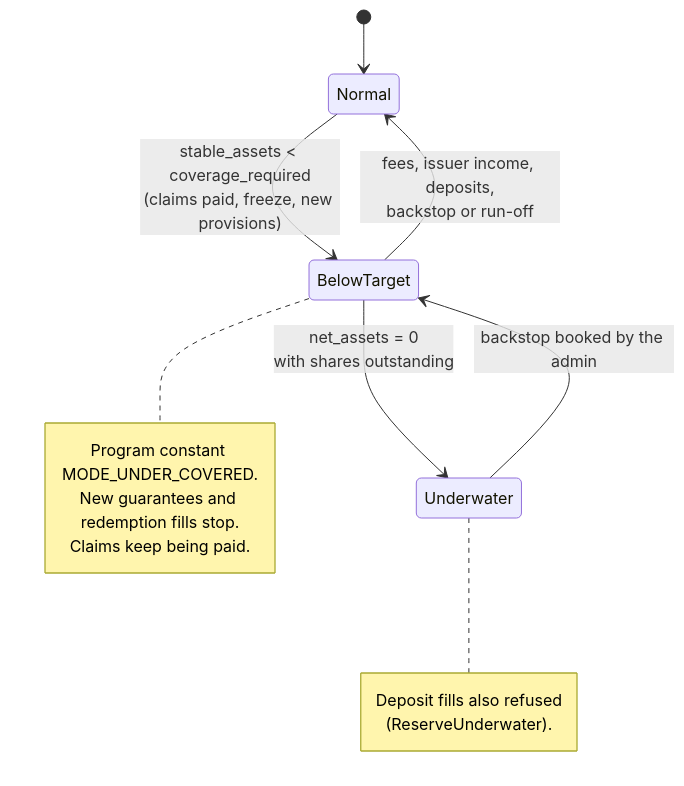
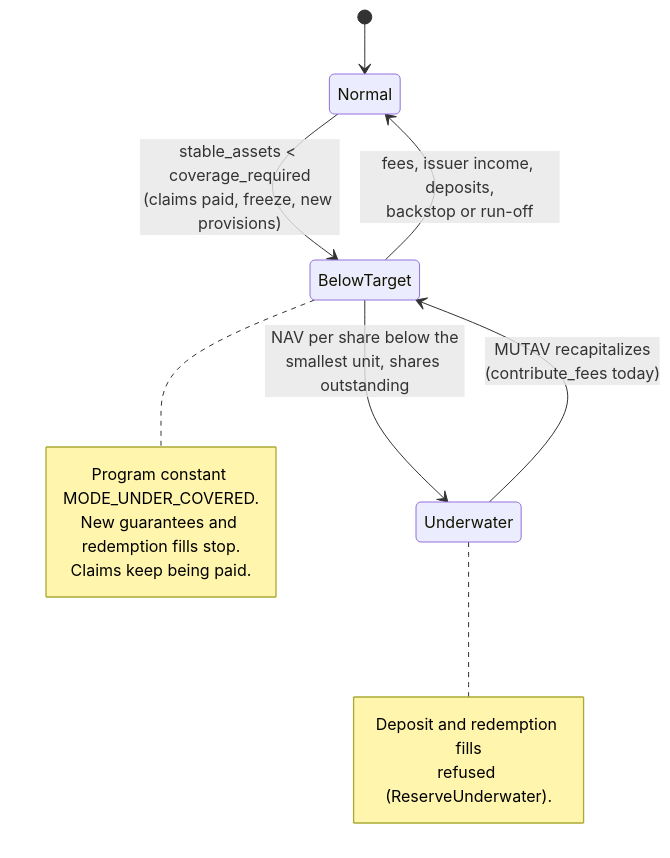
Before and after one commit to mutav-finance/mutav-protocol-solana: the diagram in docs/reserve-framework/coverage-model.md, drawn with Mermaid. The commit also changed other lines of this file and 9 other files, not shown here.

````diff
--- a/docs/reserve-framework/coverage-model.md
+++ b/docs/reserve-framework/coverage-model.md
@@ -84,17 +84,17 @@
 ```mermaid
 stateDiagram-v2
     [*] --> Normal
     Normal --> BelowTarget: stable_assets < coverage_required<br/>(claims paid, freeze, new provisions)
     BelowTarget --> Normal: fees, issuer income, deposits,<br/>backstop or run-off
-    BelowTarget --> Underwater: net_assets = 0<br/>with shares outstanding
-    Underwater --> BelowTarget: backstop booked by the admin
+    BelowTarget --> Underwater: NAV per share below the<br/>smallest unit, shares outstanding
+    Underwater --> BelowTarget: MUTAV recapitalizes<br/>(contribute_fees today)
     note right of BelowTarget
         Program constant MODE_UNDER_COVERED.
         New guarantees and redemption fills stop.
         Claims keep being paid.
     end note
     note right of Underwater
-        Deposit fills also refused
-        (ReserveUnderwater).
+        Deposit and redemption fills
+        refused (ReserveUnderwater).
     end note
 ```
````
